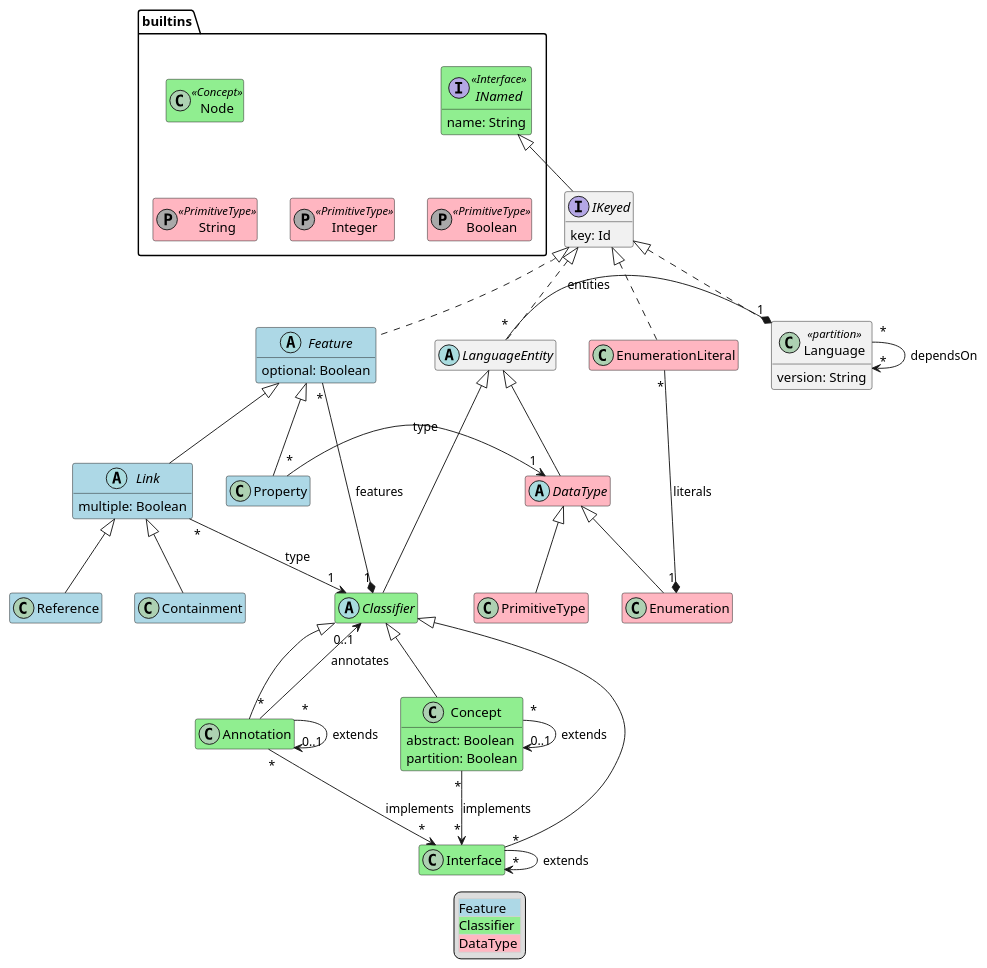
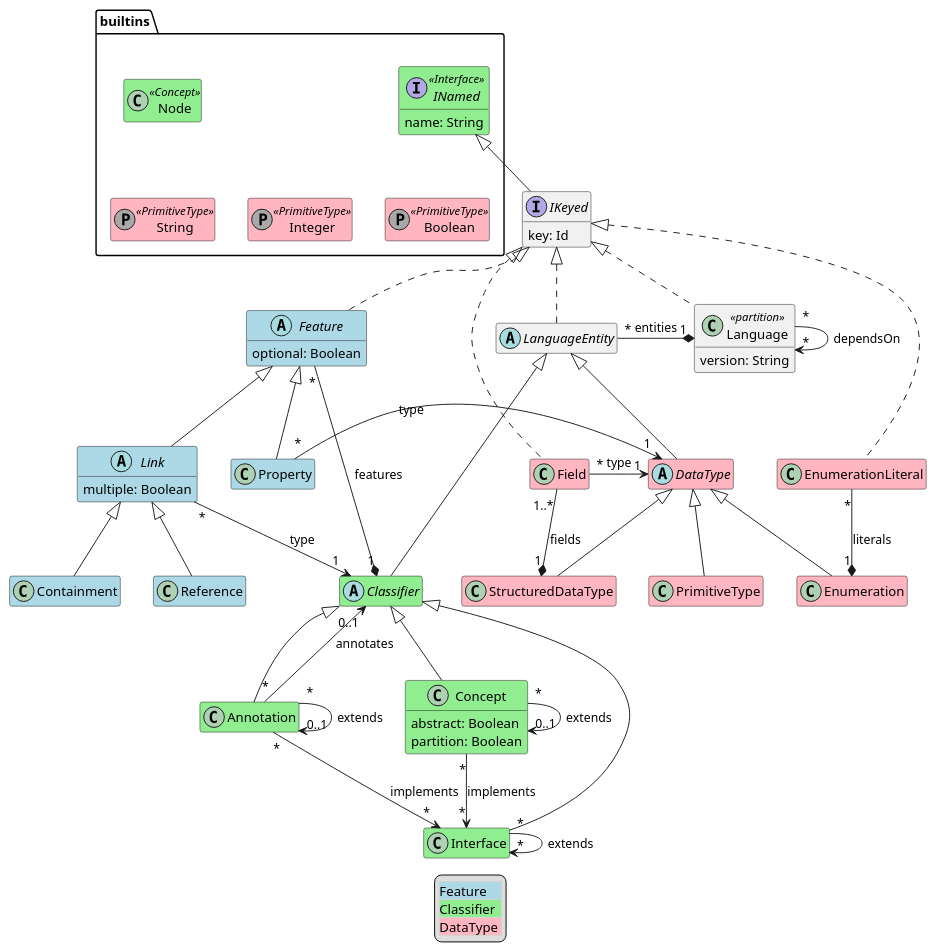
The diagram in src/LionWeb.Core/docs/metametamodel-with-complete-builtins.puml (LionWeb-io/lionweb-csharp), drawn with PlantUML before and after one commit. The commit also changed 78 other files, not shown here.

```diff
--- a/src/LionWeb.Core/docs/metametamodel-with-complete-builtins.puml
+++ b/src/LionWeb.Core/docs/metametamodel-with-complete-builtins.puml
@@ -1,93 +1,103 @@
 @startuml
 hide empty members
 
 package builtins {
 
     class builtins.Node <<Concept>> #LightGreen
 
     interface builtins.INamed <<Interface>> #LightGreen {
       name: String
     }
 
     class String <<(P, darkgray) PrimitiveType>> #LightPink
     class Integer <<(P, darkgray) PrimitiveType>> #LightPink
     class Boolean <<(P, darkgray) PrimitiveType>> #LightPink
 
     Node -[hidden]- String
 
     String -[hidden] Integer
     Integer -[hidden] Boolean
 
 }
 
 class Annotation #LightGreen extends Classifier
 
 class Concept #LightGreen extends Classifier {
   abstract: Boolean
   partition: Boolean
 }
 
 class Interface #LightGreen extends Classifier
 
 class Containment #LightBlue extends Link
 
 abstract class DataType #LightPink extends LanguageEntity
 
 class Enumeration #LightPink extends DataType
 
 class EnumerationLiteral #LightPink implements IKeyed
 
 abstract class Feature #LightBlue implements IKeyed {
   optional: Boolean
 }
 
+class Field #LightPink implements IKeyed
+
 abstract class Classifier #LightGreen extends LanguageEntity
 
 abstract class Link #LightBlue extends Feature {
   multiple: Boolean
 }
 
 class Language <<partition>> implements IKeyed {
   version: String
 }
 
 abstract class LanguageEntity implements IKeyed
 
 interface IKeyed extends builtins.INamed {
   key: Id
 }
 
 class PrimitiveType #LightPink extends DataType
 
 class Property #LightBlue extends Feature
 
 class Reference #LightBlue extends Link
 
+class StructuredDataType #LightPink extends DataType
+
 ' relations:
 
 Annotation "*" --> "0..1" Classifier: annotates
 Annotation "*" --> "0..1" Annotation: extends
 Annotation "*" --> "*" Interface: implements
 
 Concept "*" --> "0..1" Concept: extends
 Concept "*" --> "*" Interface: implements
 
 Interface "*" --> "*" Interface: extends
 
 EnumerationLiteral "*" -* "1" Enumeration : literals
 
 Feature "*" -* "1" Classifier: features
 
+Field "*" -> "1" DataType: type
+
 Link "*" --> "1" Classifier: type
 
 Language "*" --> "*" Language: dependsOn
 LanguageEntity "*" -* "1" Language: entities
 
 Property "*" -> "1" DataType: type
 
+Field "1..*" -* "1" StructuredDataType: fields
+
+Language -[hidden]- EnumerationLiteral
+
 legend
   <#LightGray,#LightGray>| <#LightBlue>Feature |
   | <#LightGreen>Classifier |
   | <#LightPink>DataType |
 end legend
 @enduml
```
